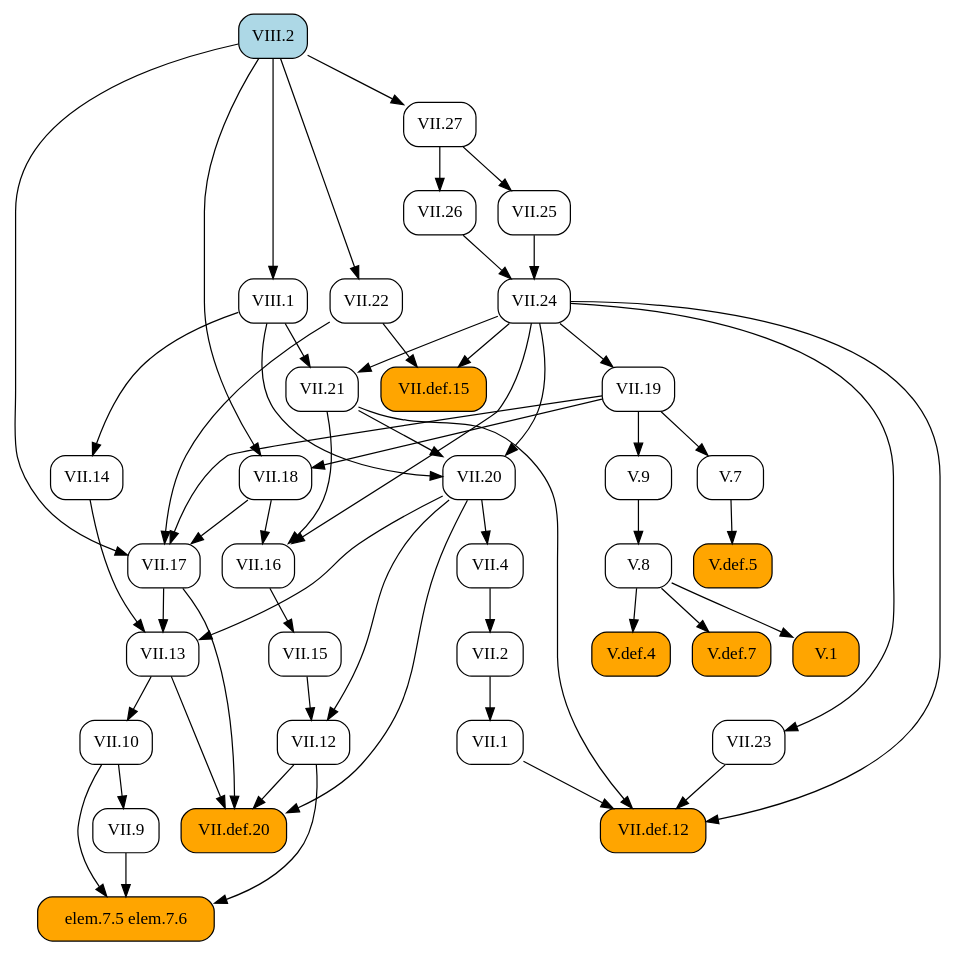
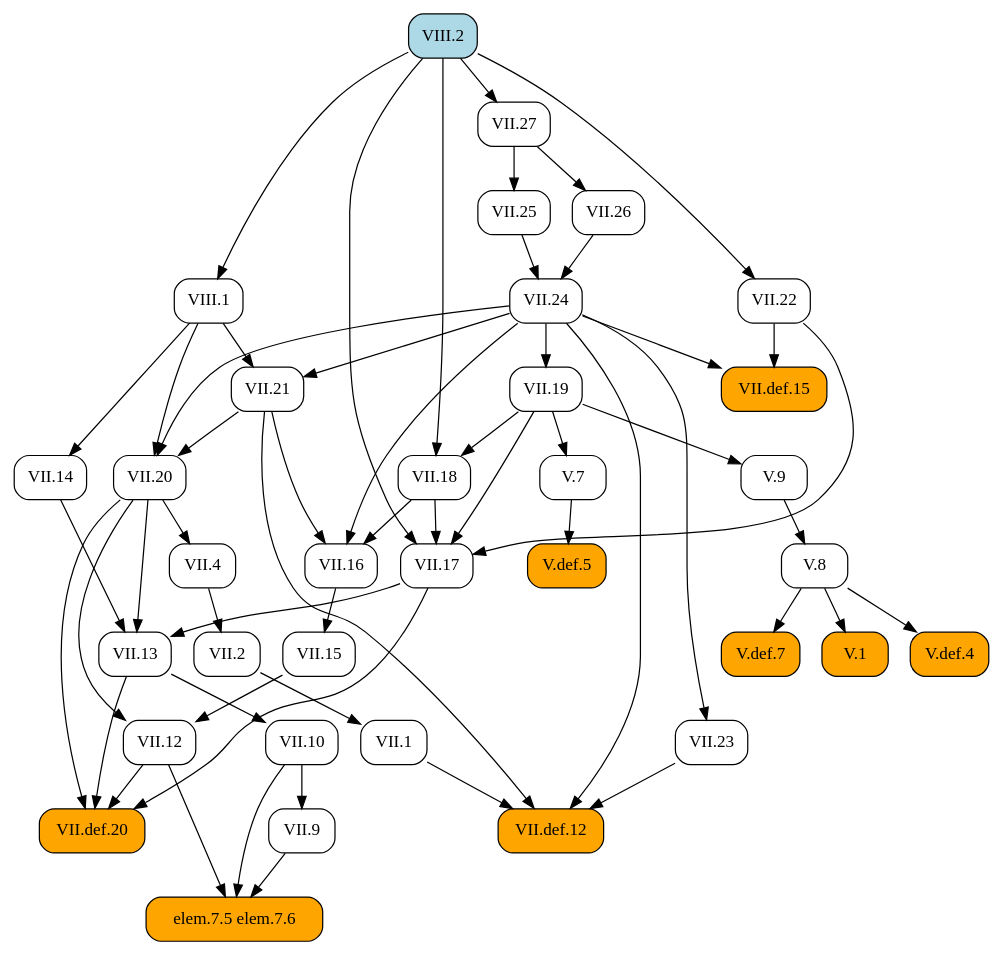
The diagram in docsrc/heath/VIII/2/index.rst (geometor/elements), drawn with Graphviz before and after one commit. The commit also changed other lines of this file and 1029 other files, not shown here.

```diff
--- a/docsrc/heath/VIII/2/index.rst
+++ b/docsrc/heath/VIII/2/index.rst
@@ -71,93 +71,93 @@
    digraph {
      rankdir="TB";
      node [shape=box, style=rounded];
-     "V.1" [style="rounded,filled", fillcolor=orange, URL="/heath/V/1/", target="_top"];
+     "VII.1" [URL="/heath/VII/1/", target="_top"];
+     "VII.9" [URL="/heath/VII/9/", target="_top"];
+     "V.def.5" [style="rounded,filled", fillcolor=orange, URL="/heath/V/def.5/", target="_top"];
+     "VII.17" [URL="/heath/VII/17/", target="_top"];
+     "elem.7.5 elem.7.6" [style="rounded,filled", fillcolor=orange];
+     "V.7" [URL="/heath/V/7/", target="_top"];
+     "V.9" [URL="/heath/V/9/", target="_top"];
+     "VII.13" [URL="/heath/VII/13/", target="_top"];
+     "VII.2" [URL="/heath/VII/2/", target="_top"];
+     "VIII.1" [URL="/heath/VIII/1/", target="_top"];
+     "VIII.2" [style="rounded,filled", fillcolor=lightblue, URL="/heath/VIII/2/", target="_top"];
      "VII.12" [URL="/heath/VII/12/", target="_top"];
-     "VII.16" [URL="/heath/VII/16/", target="_top"];
-     "VII.13" [URL="/heath/VII/13/", target="_top"];
-     "VII.14" [URL="/heath/VII/14/", target="_top"];
-     "V.def.4" [style="rounded,filled", fillcolor=orange, URL="/heath/V/def.4/", target="_top"];
+     "VII.24" [URL="/heath/VII/24/", target="_top"];
+     "VII.def.12" [style="rounded,filled", fillcolor=orange, URL="/heath/VII/def.12/", target="_top"];
+     "V.8" [URL="/heath/V/8/", target="_top"];
+     "VII.10" [URL="/heath/VII/10/", target="_top"];
      "VII.def.15" [style="rounded,filled", fillcolor=orange, URL="/heath/VII/def.15/", target="_top"];
      "VII.18" [URL="/heath/VII/18/", target="_top"];
-     "V.8" [URL="/heath/V/8/", target="_top"];
+     "VII.19" [URL="/heath/VII/19/", target="_top"];
+     "VII.16" [URL="/heath/VII/16/", target="_top"];
+     "VII.26" [URL="/heath/VII/26/", target="_top"];
+     "VII.4" [URL="/heath/VII/4/", target="_top"];
+     "VII.25" [URL="/heath/VII/25/", target="_top"];
      "VII.21" [URL="/heath/VII/21/", target="_top"];
-     "V.7" [URL="/heath/V/7/", target="_top"];
+     "V.1" [style="rounded,filled", fillcolor=orange, URL="/heath/V/1/", target="_top"];
+     "VII.20" [URL="/heath/VII/20/", target="_top"];
+     "VII.14" [URL="/heath/VII/14/", target="_top"];
+     "VII.27" [URL="/heath/VII/27/", target="_top"];
+     "V.def.4" [style="rounded,filled", fillcolor=orange, URL="/heath/V/def.4/", target="_top"];
+     "VII.22" [URL="/heath/VII/22/", target="_top"];
+     "V.def.7" [style="rounded,filled", fillcolor=orange, URL="/heath/V/def.7/", target="_top"];
+     "VII.23" [URL="/heath/VII/23/", target="_top"];
      "VII.15" [URL="/heath/VII/15/", target="_top"];
-     "VII.def.12" [style="rounded,filled", fillcolor=orange, URL="/heath/VII/def.12/", target="_top"];
-     "VII.2" [URL="/heath/VII/2/", target="_top"];
      "VII.def.20" [style="rounded,filled", fillcolor=orange, URL="/heath/VII/def.20/", target="_top"];
-     "elem.7.5 elem.7.6" [style="rounded,filled", fillcolor=orange];
-     "VII.10" [URL="/heath/VII/10/", target="_top"];
-     "V.def.7" [style="rounded,filled", fillcolor=orange, URL="/heath/V/def.7/", target="_top"];
-     "VII.20" [URL="/heath/VII/20/", target="_top"];
-     "VII.9" [URL="/heath/VII/9/", target="_top"];
-     "VIII.1" [URL="/heath/VIII/1/", target="_top"];
-     "VII.25" [URL="/heath/VII/25/", target="_top"];
-     "VII.23" [URL="/heath/VII/23/", target="_top"];
-     "VII.27" [URL="/heath/VII/27/", target="_top"];
-     "VIII.2" [style="rounded,filled", fillcolor=lightblue, URL="/heath/VIII/2/", target="_top"];
-     "VII.24" [URL="/heath/VII/24/", target="_top"];
-     "VII.19" [URL="/heath/VII/19/", target="_top"];
-     "VII.4" [URL="/heath/VII/4/", target="_top"];
-     "V.9" [URL="/heath/V/9/", target="_top"];
-     "VII.26" [URL="/heath/VII/26/", target="_top"];
-     "VII.1" [URL="/heath/VII/1/", target="_top"];
-     "VII.22" [URL="/heath/VII/22/", target="_top"];
-     "V.def.5" [style="rounded,filled", fillcolor=orange, URL="/heath/V/def.5/", target="_top"];
-     "VII.17" [URL="/heath/VII/17/", target="_top"];
-     "V.8" -> "V.1";
-     "VII.15" -> "VII.12";
-     "VII.20" -> "VII.12";
-     "VII.18" -> "VII.16";
-     "VII.21" -> "VII.16";
-     "VII.24" -> "VII.16";
-     "VII.14" -> "VII.13";
-     "VII.17" -> "VII.13";
-     "VII.20" -> "VII.13";
-     "VIII.1" -> "VII.14";
-     "V.8" -> "V.def.4";
-     "VII.22" -> "VII.def.15";
-     "VII.24" -> "VII.def.15";
-     "VII.19" -> "VII.18";
-     "VIII.2" -> "VII.18";
-     "V.9" -> "V.8";
-     "VII.24" -> "VII.21";
-     "VIII.1" -> "VII.21";
-     "VII.19" -> "V.7";
-     "VII.16" -> "VII.15";
-     "VII.1" -> "VII.def.12";
-     "VII.21" -> "VII.def.12";
-     "VII.23" -> "VII.def.12";
-     "VII.24" -> "VII.def.12";
-     "VII.4" -> "VII.2";
-     "VII.12" -> "VII.def.20";
-     "VII.13" -> "VII.def.20";
-     "VII.17" -> "VII.def.20";
-     "VII.20" -> "VII.def.20";
-     "VII.9" -> "elem.7.5 elem.7.6";
-     "VII.10" -> "elem.7.5 elem.7.6";
-     "VII.12" -> "elem.7.5 elem.7.6";
-     "VII.13" -> "VII.10";
-     "V.8" -> "V.def.7";
-     "VII.21" -> "VII.20";
-     "VII.24" -> "VII.20";
-     "VIII.1" -> "VII.20";
+     "VII.2" -> "VII.1";
      "VII.10" -> "VII.9";
-     "VIII.2" -> "VIII.1";
-     "VII.27" -> "VII.25";
-     "VII.24" -> "VII.23";
-     "VIII.2" -> "VII.27";
-     "VII.25" -> "VII.24";
-     "VII.26" -> "VII.24";
-     "VII.24" -> "VII.19";
-     "VII.20" -> "VII.4";
-     "VII.19" -> "V.9";
-     "VII.27" -> "VII.26";
-     "VII.2" -> "VII.1";
-     "VIII.2" -> "VII.22";
      "V.7" -> "V.def.5";
      "VII.18" -> "VII.17";
      "VII.19" -> "VII.17";
      "VII.22" -> "VII.17";
      "VIII.2" -> "VII.17";
+     "VII.9" -> "elem.7.5 elem.7.6";
+     "VII.10" -> "elem.7.5 elem.7.6";
+     "VII.12" -> "elem.7.5 elem.7.6";
+     "VII.19" -> "V.7";
+     "VII.19" -> "V.9";
+     "VII.14" -> "VII.13";
+     "VII.17" -> "VII.13";
+     "VII.20" -> "VII.13";
+     "VII.4" -> "VII.2";
+     "VIII.2" -> "VIII.1";
+     "VII.15" -> "VII.12";
+     "VII.20" -> "VII.12";
+     "VII.25" -> "VII.24";
+     "VII.26" -> "VII.24";
+     "VII.1" -> "VII.def.12";
+     "VII.21" -> "VII.def.12";
+     "VII.23" -> "VII.def.12";
+     "VII.24" -> "VII.def.12";
+     "V.9" -> "V.8";
+     "VII.13" -> "VII.10";
+     "VII.22" -> "VII.def.15";
+     "VII.24" -> "VII.def.15";
+     "VII.19" -> "VII.18";
+     "VIII.2" -> "VII.18";
+     "VII.24" -> "VII.19";
+     "VII.18" -> "VII.16";
+     "VII.21" -> "VII.16";
+     "VII.24" -> "VII.16";
+     "VII.27" -> "VII.26";
+     "VII.20" -> "VII.4";
+     "VII.27" -> "VII.25";
+     "VII.24" -> "VII.21";
+     "VIII.1" -> "VII.21";
+     "V.8" -> "V.1";
+     "VII.21" -> "VII.20";
+     "VII.24" -> "VII.20";
+     "VIII.1" -> "VII.20";
+     "VIII.1" -> "VII.14";
+     "VIII.2" -> "VII.27";
+     "V.8" -> "V.def.4";
+     "VIII.2" -> "VII.22";
+     "V.8" -> "V.def.7";
+     "VII.24" -> "VII.23";
+     "VII.16" -> "VII.15";
+     "VII.12" -> "VII.def.20";
+     "VII.13" -> "VII.def.20";
+     "VII.17" -> "VII.def.20";
+     "VII.20" -> "VII.def.20";
    }
```
